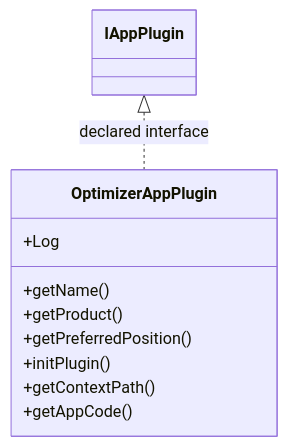
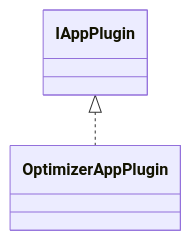
One commit to haruperi/HaruQuantAI changed the diagram in docs/sqx/Optimizer/AppOptimizer.md. Above: the diagram before and after it, drawn with Mermaid. The commit also changed other lines of this file and 1688 other files, not shown here.

````diff
--- a/docs/sqx/Optimizer/AppOptimizer.md
+++ b/docs/sqx/Optimizer/AppOptimizer.md
@@ -30,14 +26,6 @@
 ```mermaid
 classDiagram
-    class C94d1bd0edd4d["OptimizerAppPlugin"] {
-        +Log
-        +getName()
-        +getProduct()
-        +getPreferredPosition()
-        +initPlugin()
-        +getContextPath()
-        +getAppCode()
-    }
-    class C71ae2af47347["IAppPlugin"]
-    C71ae2af47347 <|.. C94d1bd0edd4d : declared interface
+    class C0["OptimizerAppPlugin"]
+    class E0["IAppPlugin"]
+    E0 <|.. C0
 ```
````
